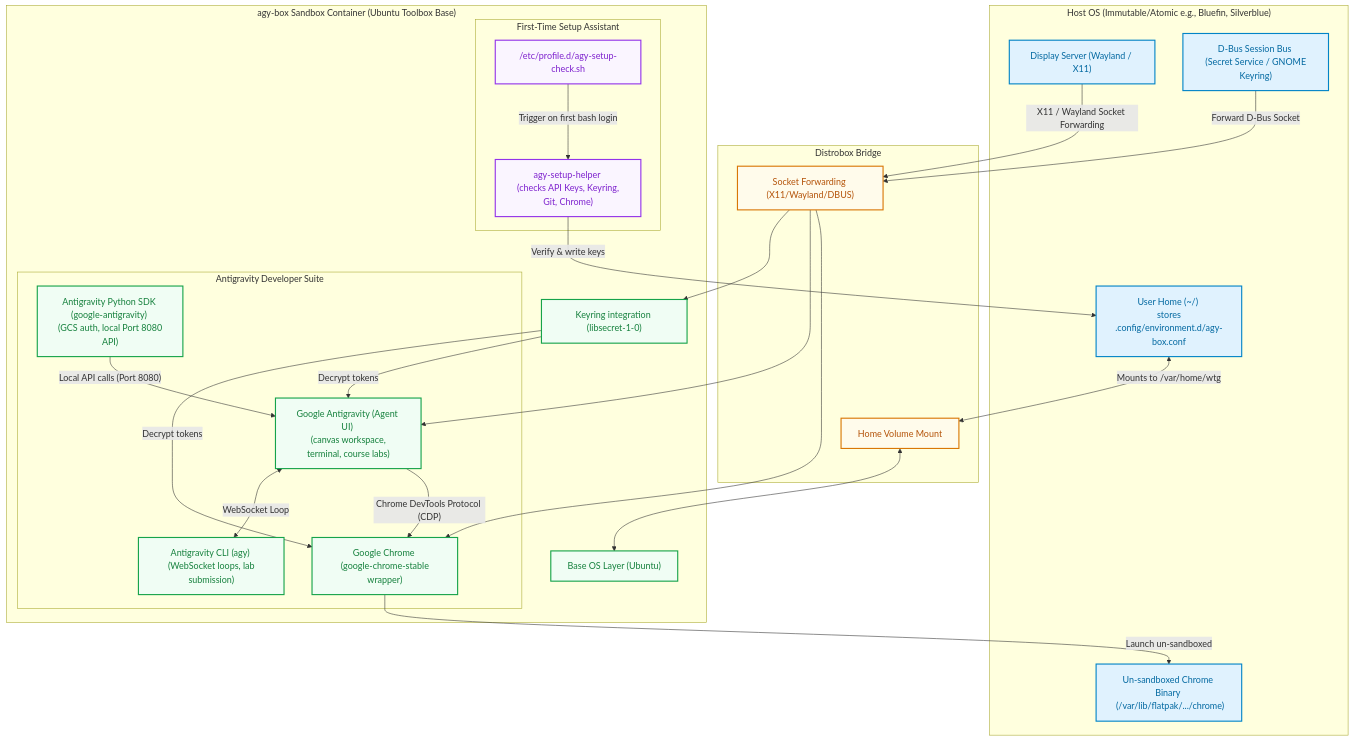
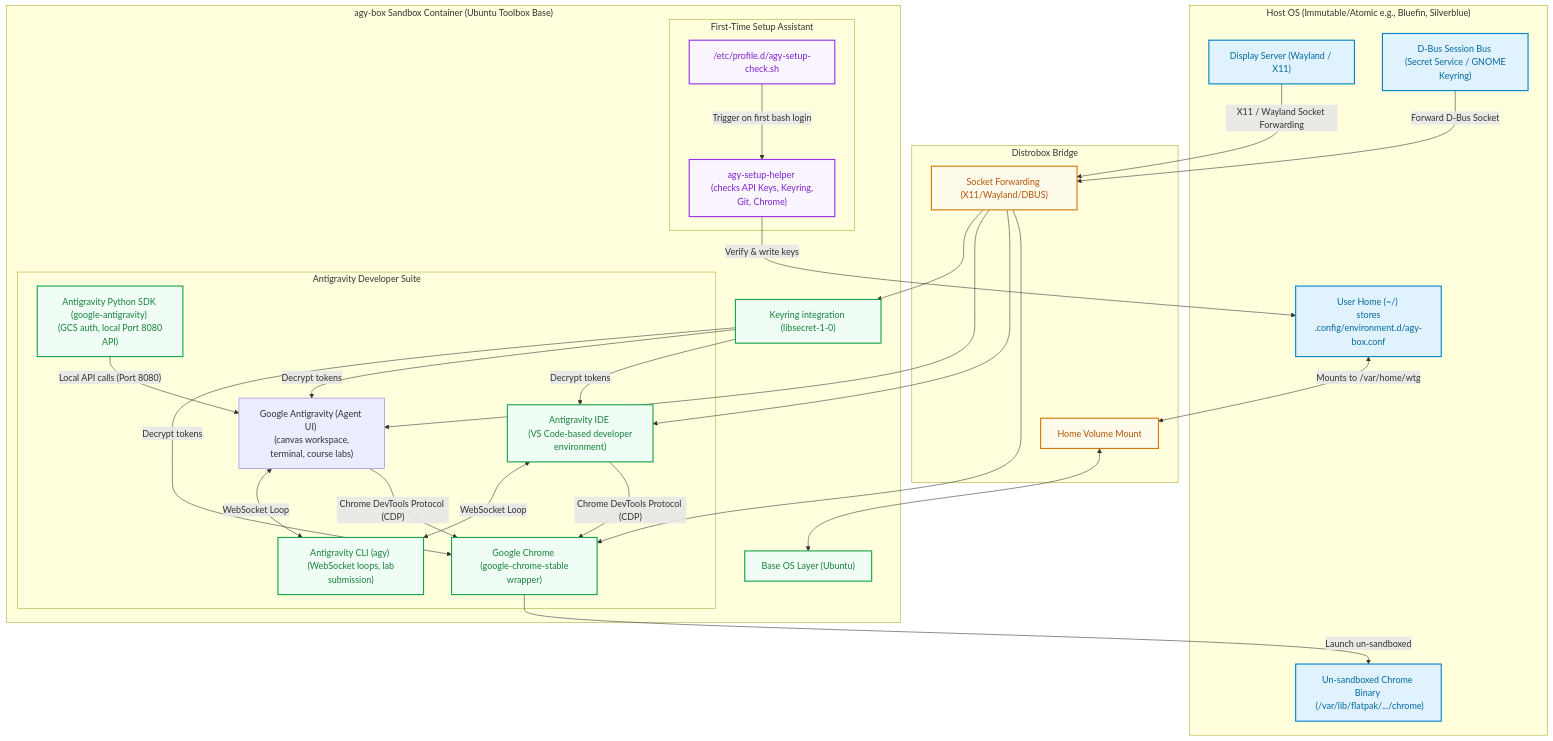
Before and after one commit to wtg-codes/agy-box: the first of 2 diagrams in README.md, drawn with Mermaid. The commit also changed other lines of this file, not shown here.

Commit message:
docs: document all four components of the Antigravity developer suite in README

````diff
--- a/README.md
+++ b/README.md
@@ -80,62 +80,67 @@
 ```mermaid
 graph TD
     subgraph Host ["Host OS (Immutable/Atomic e.g., Bluefin, Silverblue)"]
         UserHome["User Home (~/) <br> stores .config/environment.d/agy-box.conf"]
         Display["Display Server (Wayland / X11)"]
         DBus["D-Bus Session Bus <br> (Secret Service / GNOME Keyring)"]
         FlatpakChrome["Un-sandboxed Chrome Binary <br> (/var/lib/flatpak/.../chrome)"]
     end
 
     subgraph Bridge ["Distrobox Bridge"]
         MountHome["Home Volume Mount"]
         ForwardSockets["Socket Forwarding (X11/Wayland/DBUS)"]
     end
 
     subgraph Sandbox ["agy-box Sandbox Container (Ubuntu Toolbox Base)"]
         BaseOS["Base OS Layer (Ubuntu)"]
         KeyringClient["Keyring integration (libsecret-1-0)"]
         
         subgraph Setup ["First-Time Setup Assistant"]
             SetupHelper["agy-setup-helper <br> (checks API Keys, Keyring, Git, Chrome)"]
             ProfileHook["/etc/profile.d/agy-setup-check.sh"]
         end
 
         subgraph Suite ["Antigravity Developer Suite"]
-            IDE["Google Antigravity (Agent UI) <br> (canvas workspace, terminal, course labs)"]
+            AgentUI["Google Antigravity (Agent UI) <br> (canvas workspace, terminal, course labs)"]
+            IDE["Antigravity IDE <br> (VS Code-based developer environment)"]
             CLI["Antigravity CLI (agy) <br> (WebSocket loops, lab submission)"]
             SDK["Antigravity Python SDK (google-antigravity) <br> (GCS auth, local Port 8080 API)"]
             ChromeWrapper["Google Chrome <br> (google-chrome-stable wrapper)"]
         end
     end
 
     UserHome <-->|"Mounts to /var/home/wtg"| MountHome
     MountHome <--> BaseOS
     
     DBus -->|"Forward D-Bus Socket"| ForwardSockets
     ForwardSockets --> KeyringClient
     KeyringClient -->|"Decrypt tokens"| ChromeWrapper
+    KeyringClient -->|"Decrypt tokens"| AgentUI
     KeyringClient -->|"Decrypt tokens"| IDE
     
     Display -->|"X11 / Wayland Socket Forwarding"| ForwardSockets
+    ForwardSockets --> AgentUI
     ForwardSockets --> IDE
     ForwardSockets --> ChromeWrapper
     
+    AgentUI <-->|"WebSocket Loop"| CLI
     IDE <-->|"WebSocket Loop"| CLI
-    SDK -->|"Local API calls (Port 8080)"| IDE
+    SDK -->|"Local API calls (Port 8080)"| AgentUI
+    AgentUI -->|"Chrome DevTools Protocol (CDP)"| ChromeWrapper
     IDE -->|"Chrome DevTools Protocol (CDP)"| ChromeWrapper
     ChromeWrapper -->|"Launch un-sandboxed"| FlatpakChrome
     
     ProfileHook -->|"Trigger on first bash login"| SetupHelper
     SetupHelper -->|"Verify & write keys"| UserHome
 
     %% Modern Theme Styling
     classDef host fill:#e0f2fe,stroke:#0284c7,stroke-width:2px,color:#0369a1;
     classDef bridge fill:#fffbeb,stroke:#d97706,stroke-width:2px,color:#b45309;
     classDef sandbox fill:#f0fdf4,stroke:#16a34a,stroke-width:2px,color:#15803d;
     classDef setup fill:#faf5ff,stroke:#9333ea,stroke-width:2px,color:#7e22ce;
 
     class UserHome,Display,DBus,FlatpakChrome host;
     class MountHome,ForwardSockets bridge;
     class BaseOS,KeyringClient,IDE,CLI,SDK,ChromeWrapper sandbox;
     class SetupHelper,ProfileHook setup;
 ```
````
